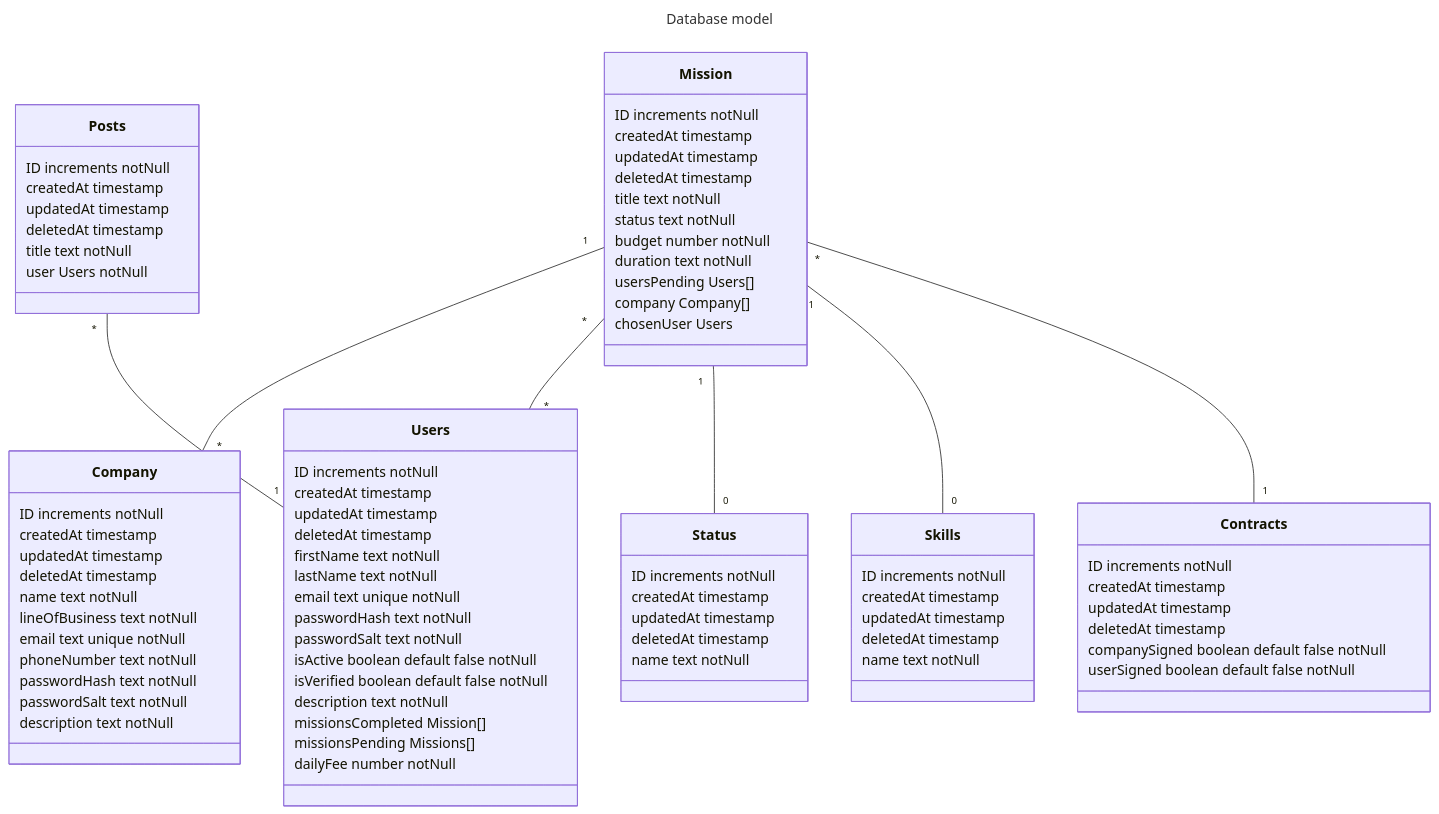
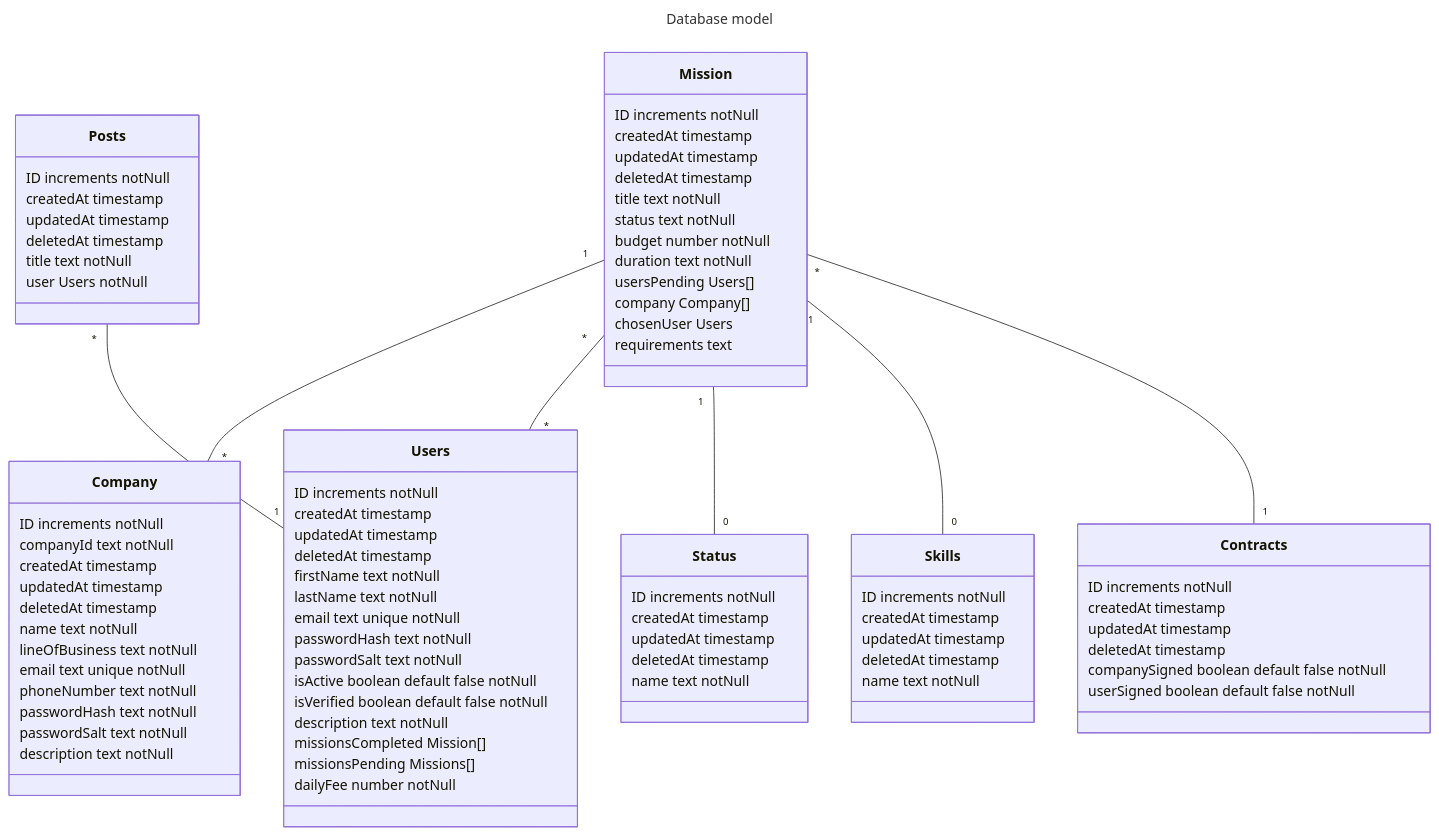
Before and after one commit to krispy-clean/hackathon: the diagram in docs/db-schema.md, drawn with Mermaid.

Commit message:
modify diagram

```diff
--- a/docs/db-schema.md
+++ b/docs/db-schema.md
@@ -40,6 +40,7 @@
 
 class Company {
     ID increments notNull
+    companyId text notNull
     createdAt timestamp
     updatedAt timestamp
     deletedAt timestamp
@@ -64,6 +65,7 @@
     usersPending Users[]
     company Company[]
     chosenUser Users
+    requirements text
 }
 
 class Posts {
```
